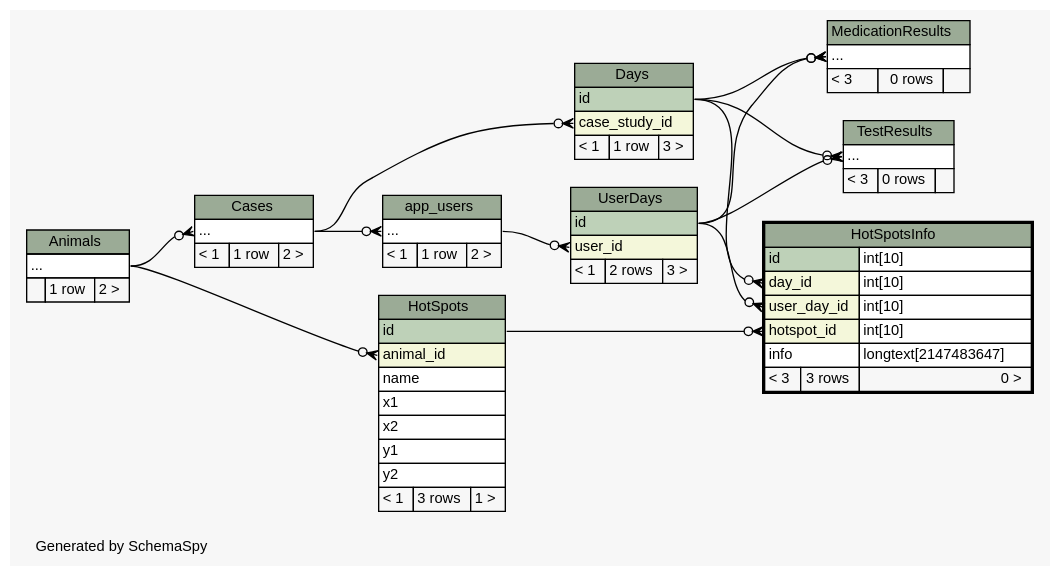
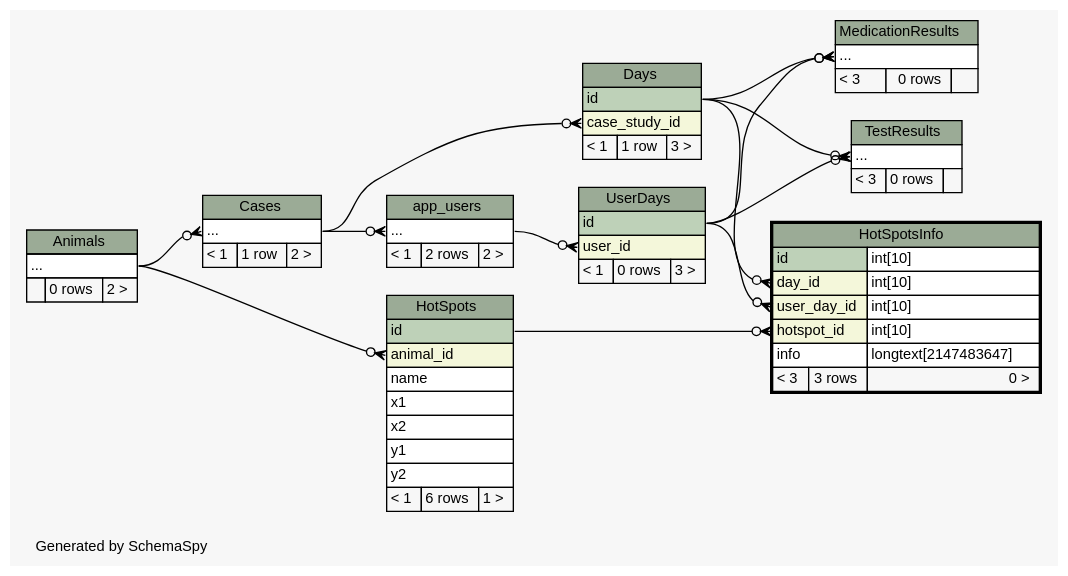
Before and after one commit to carrel2/CaseStudies: the diagram in web/files/schema/diagrams/HotSpotsInfo.2degrees.dot, drawn with Graphviz. The commit also changed 228 other files, not shown here.

```diff
--- a/web/files/schema/diagrams/HotSpotsInfo.2degrees.dot
+++ b/web/files/schema/diagrams/HotSpotsInfo.2degrees.dot
@@ -1,136 +1,136 @@
-// dot 2.38.0 on Linux 4.4.0-67-generic
+// dot 2.38.0 on Linux 4.4.0-72-generic
 // SchemaSpy rev 590
 digraph "twoDegreesRelationshipsDiagram" {
   graph [
     rankdir="RL"
     bgcolor="#f7f7f7"
     label="\nGenerated by SchemaSpy"
     labeljust="l"
     nodesep="0.18"
     ranksep="0.46"
     fontname="Helvetica"
     fontsize="11"
   ];
   node [
     fontname="Helvetica"
     fontsize="11"
     shape="plaintext"
   ];
   edge [
     arrowsize="0.8"
   ];
   "app_users":"elipses":w -> "Cases":"elipses":e [arrowhead=none dir=back arrowtail=crowodot];
   "Cases":"elipses":w -> "Animals":"elipses":e [arrowhead=none dir=back arrowtail=crowodot];
   "Days":"case_study_id":w -> "Cases":"elipses":e [arrowhead=none dir=back arrowtail=crowodot];
   "HotSpots":"animal_id":w -> "Animals":"elipses":e [arrowhead=none dir=back arrowtail=crowodot];
   "HotSpotsInfo":"day_id":w -> "Days":"id":e [arrowhead=none dir=back arrowtail=crowodot];
   "HotSpotsInfo":"hotspot_id":w -> "HotSpots":"id":e [arrowhead=none dir=back arrowtail=crowodot];
   "HotSpotsInfo":"user_day_id":w -> "UserDays":"id":e [arrowhead=none dir=back arrowtail=crowodot];
   "MedicationResults":"elipses":w -> "Days":"id":e [arrowhead=none dir=back arrowtail=crowodot];
   "MedicationResults":"elipses":w -> "UserDays":"id":e [arrowhead=none dir=back arrowtail=crowodot];
   "TestResults":"elipses":w -> "Days":"id":e [arrowhead=none dir=back arrowtail=crowodot];
   "TestResults":"elipses":w -> "UserDays":"id":e [arrowhead=none dir=back arrowtail=crowodot];
   "UserDays":"user_id":w -> "app_users":"elipses":e [arrowhead=none dir=back arrowtail=crowodot];
   "Animals" [
     label=<
     <TABLE BORDER="0" CELLBORDER="1" CELLSPACING="0" BGCOLOR="#ffffff">
       <TR><TD COLSPAN="3" BGCOLOR="#9bab96" ALIGN="CENTER">Animals</TD></TR>
       <TR><TD PORT="elipses" COLSPAN="3" ALIGN="LEFT">...</TD></TR>
-      <TR><TD ALIGN="LEFT" BGCOLOR="#f7f7f7">  </TD><TD ALIGN="RIGHT" BGCOLOR="#f7f7f7">1 row</TD><TD ALIGN="RIGHT" BGCOLOR="#f7f7f7">2 &gt;</TD></TR>
+      <TR><TD ALIGN="LEFT" BGCOLOR="#f7f7f7">  </TD><TD ALIGN="RIGHT" BGCOLOR="#f7f7f7">0 rows</TD><TD ALIGN="RIGHT" BGCOLOR="#f7f7f7">2 &gt;</TD></TR>
     </TABLE>>
     URL="Animals.html"
     tooltip="Animals"
   ];
   "app_users" [
     label=<
     <TABLE BORDER="0" CELLBORDER="1" CELLSPACING="0" BGCOLOR="#ffffff">
       <TR><TD COLSPAN="3" BGCOLOR="#9bab96" ALIGN="CENTER">app_users</TD></TR>
       <TR><TD PORT="elipses" COLSPAN="3" ALIGN="LEFT">...</TD></TR>
-      <TR><TD ALIGN="LEFT" BGCOLOR="#f7f7f7">&lt; 1</TD><TD ALIGN="RIGHT" BGCOLOR="#f7f7f7">1 row</TD><TD ALIGN="RIGHT" BGCOLOR="#f7f7f7">2 &gt;</TD></TR>
+      <TR><TD ALIGN="LEFT" BGCOLOR="#f7f7f7">&lt; 1</TD><TD ALIGN="RIGHT" BGCOLOR="#f7f7f7">2 rows</TD><TD ALIGN="RIGHT" BGCOLOR="#f7f7f7">2 &gt;</TD></TR>
     </TABLE>>
     URL="app_users.html"
     tooltip="app_users"
   ];
   "Cases" [
     label=<
     <TABLE BORDER="0" CELLBORDER="1" CELLSPACING="0" BGCOLOR="#ffffff">
       <TR><TD COLSPAN="3" BGCOLOR="#9bab96" ALIGN="CENTER">Cases</TD></TR>
       <TR><TD PORT="elipses" COLSPAN="3" ALIGN="LEFT">...</TD></TR>
       <TR><TD ALIGN="LEFT" BGCOLOR="#f7f7f7">&lt; 1</TD><TD ALIGN="RIGHT" BGCOLOR="#f7f7f7">1 row</TD><TD ALIGN="RIGHT" BGCOLOR="#f7f7f7">2 &gt;</TD></TR>
     </TABLE>>
     URL="Cases.html"
     tooltip="Cases"
   ];
   "Days" [
     label=<
     <TABLE BORDER="0" CELLBORDER="1" CELLSPACING="0" BGCOLOR="#ffffff">
       <TR><TD COLSPAN="3" BGCOLOR="#9bab96" ALIGN="CENTER">Days</TD></TR>
       <TR><TD PORT="id" COLSPAN="3" BGCOLOR="#bed1b8" ALIGN="LEFT">id</TD></TR>
       <TR><TD PORT="case_study_id" COLSPAN="3" BGCOLOR="#f4f7da" ALIGN="LEFT">case_study_id</TD></TR>
       <TR><TD ALIGN="LEFT" BGCOLOR="#f7f7f7">&lt; 1</TD><TD ALIGN="RIGHT" BGCOLOR="#f7f7f7">1 row</TD><TD ALIGN="RIGHT" BGCOLOR="#f7f7f7">3 &gt;</TD></TR>
     </TABLE>>
     URL="Days.html"
     tooltip="Days"
   ];
   "HotSpots" [
     label=<
     <TABLE BORDER="0" CELLBORDER="1" CELLSPACING="0" BGCOLOR="#ffffff">
       <TR><TD COLSPAN="3" BGCOLOR="#9bab96" ALIGN="CENTER">HotSpots</TD></TR>
       <TR><TD PORT="id" COLSPAN="3" BGCOLOR="#bed1b8" ALIGN="LEFT">id</TD></TR>
       <TR><TD PORT="animal_id" COLSPAN="3" BGCOLOR="#f4f7da" ALIGN="LEFT">animal_id</TD></TR>
       <TR><TD PORT="name" COLSPAN="3" ALIGN="LEFT">name</TD></TR>
       <TR><TD PORT="x1" COLSPAN="3" ALIGN="LEFT">x1</TD></TR>
       <TR><TD PORT="x2" COLSPAN="3" ALIGN="LEFT">x2</TD></TR>
       <TR><TD PORT="y1" COLSPAN="3" ALIGN="LEFT">y1</TD></TR>
       <TR><TD PORT="y2" COLSPAN="3" ALIGN="LEFT">y2</TD></TR>
-      <TR><TD ALIGN="LEFT" BGCOLOR="#f7f7f7">&lt; 1</TD><TD ALIGN="RIGHT" BGCOLOR="#f7f7f7">3 rows</TD><TD ALIGN="RIGHT" BGCOLOR="#f7f7f7">1 &gt;</TD></TR>
+      <TR><TD ALIGN="LEFT" BGCOLOR="#f7f7f7">&lt; 1</TD><TD ALIGN="RIGHT" BGCOLOR="#f7f7f7">6 rows</TD><TD ALIGN="RIGHT" BGCOLOR="#f7f7f7">1 &gt;</TD></TR>
     </TABLE>>
     URL="HotSpots.html"
     tooltip="HotSpots"
   ];
   "HotSpotsInfo" [
     label=<
     <TABLE BORDER="2" CELLBORDER="1" CELLSPACING="0" BGCOLOR="#ffffff">
       <TR><TD COLSPAN="3" BGCOLOR="#9bab96" ALIGN="CENTER">HotSpotsInfo</TD></TR>
       <TR><TD PORT="id" COLSPAN="2" BGCOLOR="#bed1b8" ALIGN="LEFT">id</TD><TD PORT="id.type" ALIGN="LEFT">int[10]</TD></TR>
       <TR><TD PORT="day_id" COLSPAN="2" BGCOLOR="#f4f7da" ALIGN="LEFT">day_id</TD><TD PORT="day_id.type" ALIGN="LEFT">int[10]</TD></TR>
       <TR><TD PORT="user_day_id" COLSPAN="2" BGCOLOR="#f4f7da" ALIGN="LEFT">user_day_id</TD><TD PORT="user_day_id.type" ALIGN="LEFT">int[10]</TD></TR>
       <TR><TD PORT="hotspot_id" COLSPAN="2" BGCOLOR="#f4f7da" ALIGN="LEFT">hotspot_id</TD><TD PORT="hotspot_id.type" ALIGN="LEFT">int[10]</TD></TR>
       <TR><TD PORT="info" COLSPAN="2" ALIGN="LEFT">info</TD><TD PORT="info.type" ALIGN="LEFT">longtext[2147483647]</TD></TR>
       <TR><TD ALIGN="LEFT" BGCOLOR="#f7f7f7">&lt; 3</TD><TD ALIGN="RIGHT" BGCOLOR="#f7f7f7">3 rows</TD><TD ALIGN="RIGHT" BGCOLOR="#f7f7f7">0 &gt;</TD></TR>
     </TABLE>>
     URL="HotSpotsInfo.html"
     tooltip="HotSpotsInfo"
   ];
   "MedicationResults" [
     label=<
     <TABLE BORDER="0" CELLBORDER="1" CELLSPACING="0" BGCOLOR="#ffffff">
       <TR><TD COLSPAN="3" BGCOLOR="#9bab96" ALIGN="CENTER">MedicationResults</TD></TR>
       <TR><TD PORT="elipses" COLSPAN="3" ALIGN="LEFT">...</TD></TR>
       <TR><TD ALIGN="LEFT" BGCOLOR="#f7f7f7">&lt; 3</TD><TD ALIGN="RIGHT" BGCOLOR="#f7f7f7">0 rows</TD><TD ALIGN="RIGHT" BGCOLOR="#f7f7f7">  </TD></TR>
     </TABLE>>
     URL="MedicationResults.html"
     tooltip="MedicationResults"
   ];
   "TestResults" [
     label=<
     <TABLE BORDER="0" CELLBORDER="1" CELLSPACING="0" BGCOLOR="#ffffff">
       <TR><TD COLSPAN="3" BGCOLOR="#9bab96" ALIGN="CENTER">TestResults</TD></TR>
       <TR><TD PORT="elipses" COLSPAN="3" ALIGN="LEFT">...</TD></TR>
       <TR><TD ALIGN="LEFT" BGCOLOR="#f7f7f7">&lt; 3</TD><TD ALIGN="RIGHT" BGCOLOR="#f7f7f7">0 rows</TD><TD ALIGN="RIGHT" BGCOLOR="#f7f7f7">  </TD></TR>
     </TABLE>>
     URL="TestResults.html"
     tooltip="TestResults"
   ];
   "UserDays" [
     label=<
     <TABLE BORDER="0" CELLBORDER="1" CELLSPACING="0" BGCOLOR="#ffffff">
       <TR><TD COLSPAN="3" BGCOLOR="#9bab96" ALIGN="CENTER">UserDays</TD></TR>
       <TR><TD PORT="id" COLSPAN="3" BGCOLOR="#bed1b8" ALIGN="LEFT">id</TD></TR>
       <TR><TD PORT="user_id" COLSPAN="3" BGCOLOR="#f4f7da" ALIGN="LEFT">user_id</TD></TR>
-      <TR><TD ALIGN="LEFT" BGCOLOR="#f7f7f7">&lt; 1</TD><TD ALIGN="RIGHT" BGCOLOR="#f7f7f7">2 rows</TD><TD ALIGN="RIGHT" BGCOLOR="#f7f7f7">3 &gt;</TD></TR>
+      <TR><TD ALIGN="LEFT" BGCOLOR="#f7f7f7">&lt; 1</TD><TD ALIGN="RIGHT" BGCOLOR="#f7f7f7">0 rows</TD><TD ALIGN="RIGHT" BGCOLOR="#f7f7f7">3 &gt;</TD></TR>
     </TABLE>>
     URL="UserDays.html"
     tooltip="UserDays"
   ];
 }
```
